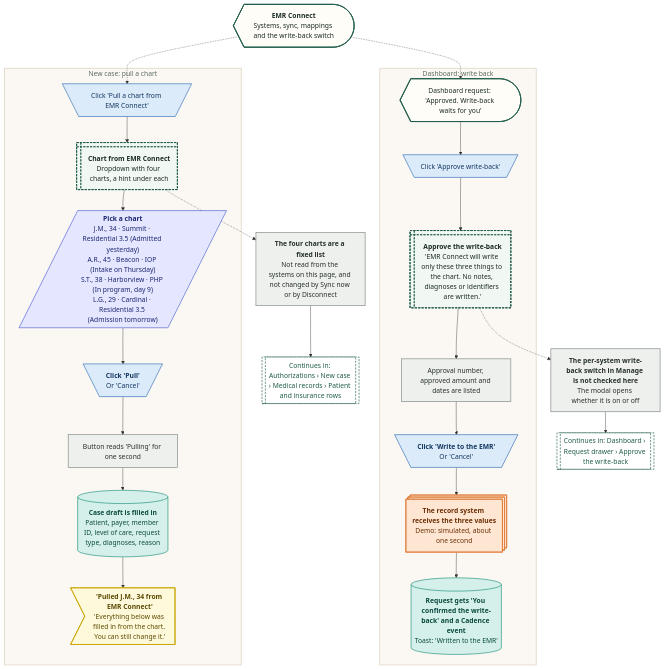
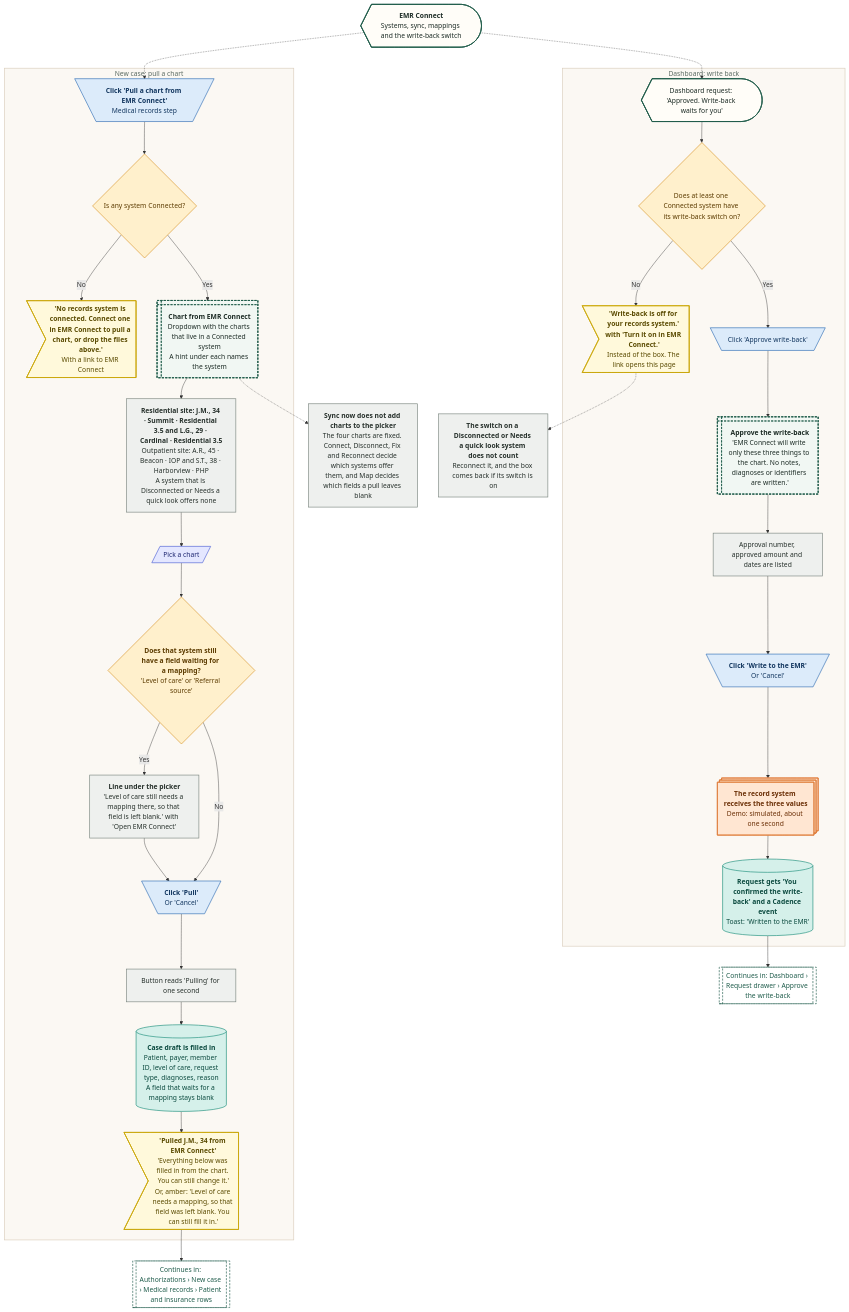
The diagram in demos/prior-auth-demo/workflows/out/mmd/09-emr-connect/58-what-other-screens-use.mmd (Shrav143/psyfloapp), drawn with Mermaid before and after one commit. The commit also changed 195 other files, not shown here.

First line of the commit message:
docs: Rebuild workflow diagrams after the demo fixes (220 diagrams)

```diff
--- a/demos/prior-auth-demo/workflows/out/mmd/09-emr-connect/58-what-other-screens-use.mmd
+++ b/demos/prior-auth-demo/workflows/out/mmd/09-emr-connect/58-what-other-screens-use.mmd
@@ -1,60 +1,73 @@
 %%{init: {"theme":"base","themeVariables":{"fontFamily":"'DM Sans', 'Segoe UI', system-ui, sans-serif","fontSize":"15px","lineColor":"#5B6B63","primaryTextColor":"#1C2B25","clusterBkg":"#FBF8F3","clusterBorder":"#D9CDBB","edgeLabelBackground":"#FFFFFF"},"flowchart":{"curve":"basis","nodeSpacing":36,"rankSpacing":48,"padding":12,"htmlLabels":true,"useMaxWidth":false,"wrappingWidth":230}} }%%
 flowchart TD
   classDef k_start fill:#1F5C4B,stroke:#174638,color:#FFFFFF,stroke-width:1.5px,font-weight:600
   classDef k_end fill:#DDEFE3,stroke:#2E7D4F,color:#14502F,stroke-width:1.5px,font-weight:600
   classDef k_endx fill:#FBE3E0,stroke:#C0392B,color:#7A1F16,stroke-width:1.5px,font-weight:600
   classDef k_screen fill:#FFFDF8,stroke:#1F5C4B,color:#1C2B25,stroke-width:2px
   classDef k_overlay fill:#F1F7F3,stroke:#1F5C4B,color:#1C2B25,stroke-width:2px,stroke-dasharray:5 3
   classDef k_click fill:#DCEBFA,stroke:#2F6DB5,color:#12365F,stroke-width:1.5px
   classDef k_input fill:#E4E7FF,stroke:#4C5FD5,color:#1D2670,stroke-width:1.5px
   classDef k_process fill:#EEF0EE,stroke:#7A857F,color:#26302B,stroke-width:1.5px
   classDef k_agent fill:#EEE5FA,stroke:#7A4FC2,color:#341A63,stroke-width:1.5px
   classDef k_decision fill:#FFF0CC,stroke:#D9962B,color:#5C3B00,stroke-width:1.5px
   classDef k_store fill:#D5F0EA,stroke:#1C8E7B,color:#0B4A3F,stroke-width:1.5px
   classDef k_doc fill:#F6E9DC,stroke:#B07A4C,color:#4A2E14,stroke-width:1.5px
   classDef k_ext fill:#FFE6D2,stroke:#E07B39,color:#6B2F06,stroke-width:1.5px
   classDef k_wait fill:#E4E8EE,stroke:#6B7C93,color:#26303D,stroke-width:1.5px
   classDef k_toast fill:#FFF9DB,stroke:#C9A400,color:#5A4A00,stroke-width:1.5px
   classDef k_goto fill:#FFFFFF,stroke:#1F5C4B,color:#1F5C4B,stroke-width:1.5px,stroke-dasharray:5 3
   p1@{ shape: curv-trap, label: "<b>EMR Connect</b><br/>Systems, sync, mappings and the write-back switch" }
   subgraph gPull ["New case: pull a chart"]
-  a1@{ shape: trap-t, label: "Click 'Pull a chart from EMR Connect'" }
-  a2@{ shape: win-pane, label: "<b>Chart from EMR Connect</b><br/>Dropdown with four charts, a hint under each" }
-  a3@{ shape: lean-r, label: "<b>Pick a chart</b><br/>J.M., 34 · Summit · Residential 3.5 (Admitted yesterday)<br/>A.R., 45 · Beacon · IOP (Intake on Thursday)<br/>S.T., 38 · Harborview · PHP (In program, day 9)<br/>L.G., 29 · Cardinal · Residential 3.5 (Admission tomorrow)" }
+  a1@{ shape: trap-t, label: "<b>Click 'Pull a chart from EMR Connect'</b><br/>Medical records step" }
+  a0@{ shape: diam, label: "Is any system Connected?" }
+  a8@{ shape: odd, label: "<b>'No records system is connected. Connect one in EMR Connect to pull a chart, or drop the files above.'</b><br/>With a link to EMR Connect" }
+  a2@{ shape: win-pane, label: "<b>Chart from EMR Connect</b><br/>Dropdown with the charts that live in a Connected system<br/>A hint under each names the system" }
+  a2b@{ shape: rect, label: "<b>Residential site: J.M., 34 · Summit · Residential 3.5 and L.G., 29 · Cardinal · Residential 3.5</b><br/>Outpatient site: A.R., 45 · Beacon · IOP and S.T., 38 · Harborview · PHP<br/>A system that is Disconnected or Needs a quick look offers none" }
+  a3@{ shape: lean-r, label: "Pick a chart" }
+  a9@{ shape: diam, label: "<b>Does that system still have a field waiting for a mapping?</b><br/>'Level of care' or 'Referral source'" }
+  a10@{ shape: rect, label: "<b>Line under the picker</b><br/>'Level of care still needs a mapping there, so that field is left blank.' with 'Open EMR Connect'" }
   a4@{ shape: trap-t, label: "<b>Click 'Pull'</b><br/>Or 'Cancel'" }
   a5@{ shape: rect, label: "Button reads 'Pulling' for one second" }
-  a6@{ shape: cyl, label: "<b>Case draft is filled in</b><br/>Patient, payer, member ID, level of care, request type, diagnoses, reason" }
-  a7@{ shape: odd, label: "<b>'Pulled J.M., 34 from EMR Connect'</b><br/>'Everything below was filled in from the chart. You can still change it.'" }
+  a6@{ shape: cyl, label: "<b>Case draft is filled in</b><br/>Patient, payer, member ID, level of care, request type, diagnoses, reason<br/>A field that waits for a mapping stays blank" }
+  a7@{ shape: odd, label: "<b>'Pulled J.M., 34 from EMR Connect'</b><br/>'Everything below was filled in from the chart. You can still change it.'<br/>Or, amber: 'Level of care needs a mapping, so that field was left blank. You can still fill it in.'" }
   end
-  n1@{ shape: rect, label: "<b>The four charts are a fixed list</b><br/>Not read from the systems on this page, and not changed by Sync now or by Disconnect" }
+  n1@{ shape: rect, label: "<b>Sync now does not add charts to the picker</b><br/>The four charts are fixed. Connect, Disconnect, Fix and Reconnect decide which systems offer them, and Map decides which fields a pull leaves blank" }
   g1@{ shape: subproc, label: "Continues in: Authorizations › New case › Medical records › Patient and insurance rows" }
   subgraph gWrite ["Dashboard: write back"]
   b1@{ shape: curv-trap, label: "Dashboard request: 'Approved. Write-back waits for you'" }
+  b0@{ shape: diam, label: "Does at least one Connected system have its write-back switch on?" }
+  b8@{ shape: odd, label: "<b>'Write-back is off for your records system.' with 'Turn it on in EMR Connect.'</b><br/>Instead of the box. The link opens this page" }
   b2@{ shape: trap-t, label: "Click 'Approve write-back'" }
   b3@{ shape: win-pane, label: "<b>Approve the write-back</b><br/>'EMR Connect will write only these three things to the chart. No notes, diagnoses or identifiers are written.'" }
   b4@{ shape: rect, label: "Approval number, approved amount and dates are listed" }
   b5@{ shape: trap-t, label: "<b>Click 'Write to the EMR'</b><br/>Or 'Cancel'" }
   b6@{ shape: st-rect, label: "<b>The record system receives the three values</b><br/>Demo: simulated, about one second" }
   b7@{ shape: cyl, label: "<b>Request gets 'You confirmed the write-back' and a Cadence event</b><br/>Toast: 'Written to the EMR'" }
   end
-  n2@{ shape: rect, label: "<b>The per-system write-back switch in Manage is not checked here</b><br/>The modal opens whether it is on or off" }
+  n2@{ shape: rect, label: "<b>The switch on a Disconnected or Needs a quick look system does not count</b><br/>Reconnect it, and the box comes back if its switch is on" }
   g2@{ shape: subproc, label: "Continues in: Dashboard › Request drawer › Approve the write-back" }
   p1 -.-> a1
-  a1 --> a2 --> a3 --> a4 --> a5 --> a6 --> a7
+  a1 --> a0
+  a0 -->|"No"| a8
+  a0 -->|"Yes"| a2 --> a2b --> a3 --> a9
+  a9 -->|"Yes"| a10 --> a4
+  a9 -->|"No"| a4
+  a4 --> a5 --> a6 --> a7 --> g1
   a2 -.-> n1
-  n1 --> g1
   p1 -.-> b1
-  b1 --> b2 --> b3 --> b4 --> b5 --> b6 --> b7
-  b3 -.-> n2
-  n2 --> g2
+  b1 --> b0
+  b0 -->|"No"| b8
+  b0 -->|"Yes"| b2 --> b3 --> b4 --> b5 --> b6 --> b7 --> g2
+  b8 -.-> n2
   class p1,b1 k_screen
   class a1,a4,b2,b5 k_click
+  class a0,a9,b0 k_decision
+  class a8,a7,b8 k_toast
   class a2,b3 k_overlay
+  class a2b,a10,a5,n1,b4,n2 k_process
   class a3 k_input
-  class a5,n1,b4,n2 k_process
   class a6,b7 k_store
-  class a7 k_toast
   class g1,g2 k_goto
   class b6 k_ext
   style gPull fill:#FBF8F3,stroke:#D9CDBB,stroke-width:1.5px,color:#5B6B63
   style gWrite fill:#FBF8F3,stroke:#D9CDBB,stroke-width:1.5px,color:#5B6B63
```
